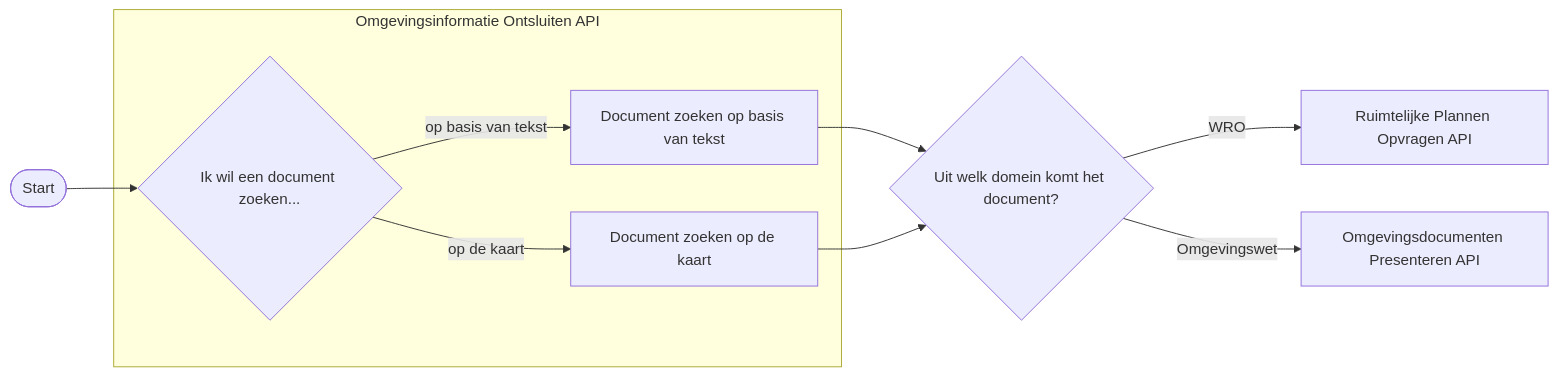
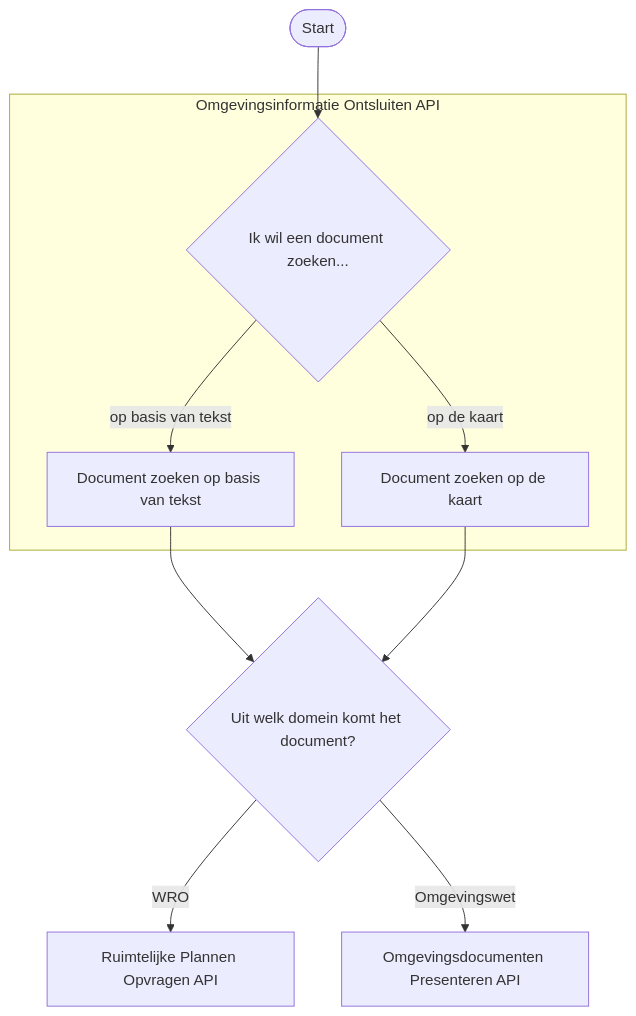
The second of 4 diagrams in docs/plan-keten/samenhang-plan-keten-apis.md (dso-devs/dso-devs.github.io), drawn with Mermaid before and after one commit. The commit also changed other lines of this file, not shown here.

Commit message:
flowcharts > TD

````diff
--- a/docs/plan-keten/samenhang-plan-keten-apis.md
+++ b/docs/plan-keten/samenhang-plan-keten-apis.md
@@ -35,15 +40,15 @@
 ```mermaid
-flowchart LR
+flowchart TD
 S(["Start"]) --> Begin
 
 subgraph OIS[Omgevingsinformatie Ontsluiten API]
     Begin{"Ik wil een document zoeken... "}
     Begin -->|op basis van tekst| DocumentTekst["Document zoeken op basis van tekst"]
     Begin -->|op de kaart| DocumentGeo["Document zoeken op de kaart"]
 end
 
 DocumentTekst --> Domein{"Uit welk domein komt het document?"}
 DocumentGeo --> Domein
 Domein --> |WRO| RP["Ruimtelijke Plannen Opvragen API"]
 Domein --> |Omgevingswet| Ozon["Omgevingsdocumenten Presenteren API"]
 ```
````
